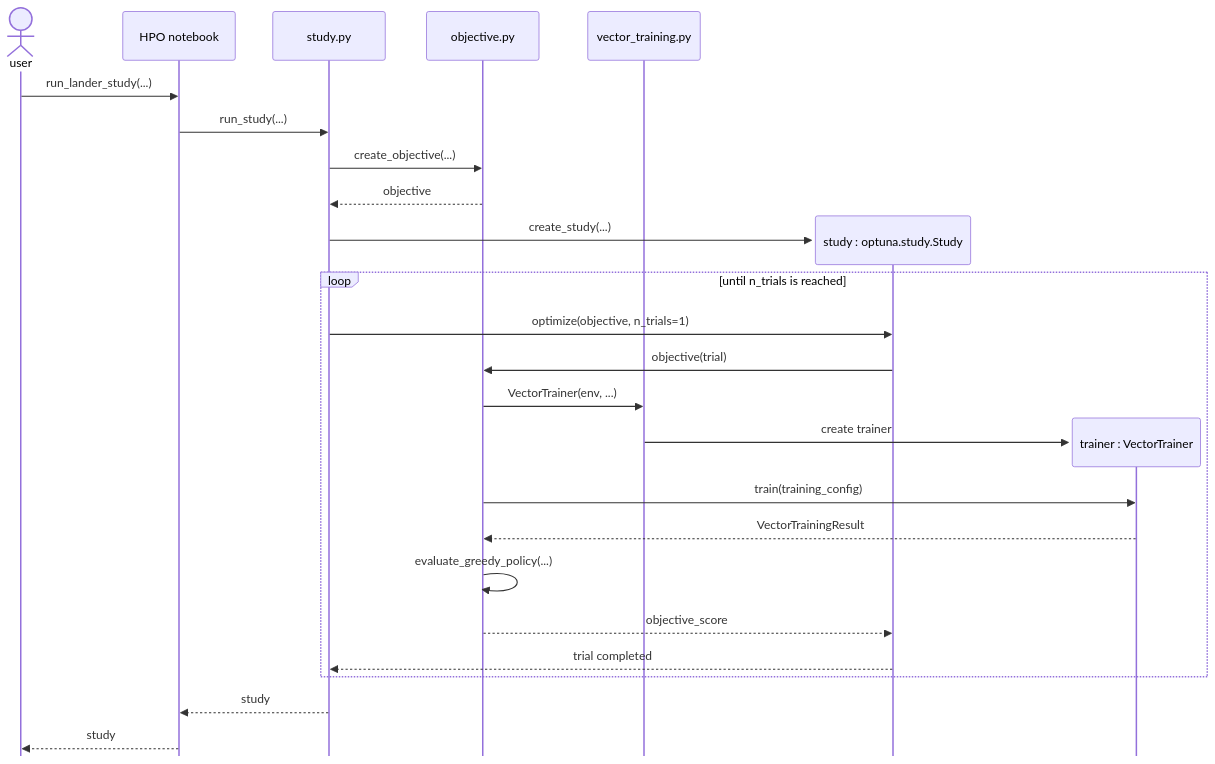
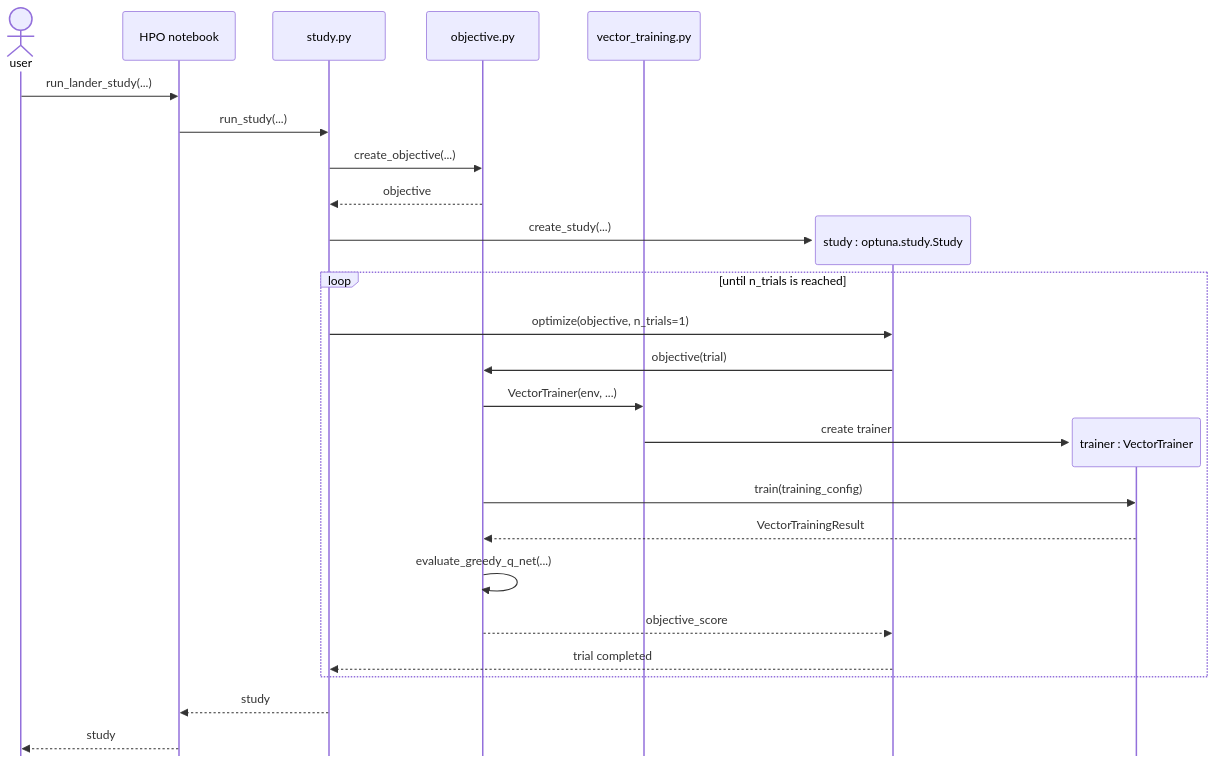
Before and after one commit to miwehle/rl_lab: the diagram in hpo/sequence_diagram.md, drawn with Mermaid. The commit also changed 2 other files, not shown here.

Commit message:
Refactor

````diff
--- a/hpo/sequence_diagram.md
+++ b/hpo/sequence_diagram.md
@@ -3,32 +3,32 @@
 ```mermaid
 %%{init: {"sequence": {"mirrorActors": false}}}%%
 sequenceDiagram
     actor user
     participant notebook as HPO notebook
     participant study_module as study.py
     participant objective as objective.py
     participant vector_training as vector_training.py
 
     user->>notebook: run_lander_study(...)
     notebook->>study_module: run_study(...)
     study_module->>objective: create_objective(...)
     objective-->>study_module: objective
     create participant study as study : optuna.study.Study
     study_module->>study: create_study(...)
 
     loop until n_trials is reached
         study_module->>study: optimize(objective, n_trials=1)
         study->>objective: objective(trial)
         objective->>vector_training: VectorTrainer(env, ...)
         create participant trainer as trainer : VectorTrainer
         vector_training->>trainer: create trainer
         objective->>trainer: train(training_config)
         trainer-->>objective: VectorTrainingResult
-        objective->>objective: evaluate_greedy_policy(...)
+        objective->>objective: evaluate_greedy_q_net(...)
         objective-->>study: objective_score
         study-->>study_module: trial completed
     end
 
     study_module-->>notebook: study
     notebook-->>user: study
 ```
````
